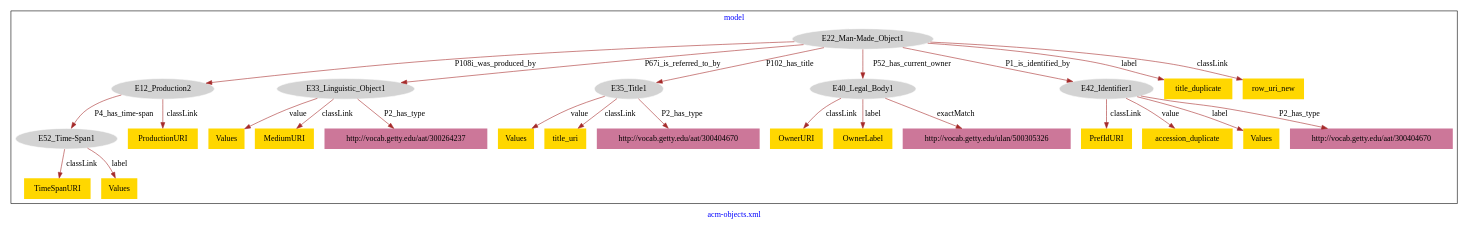
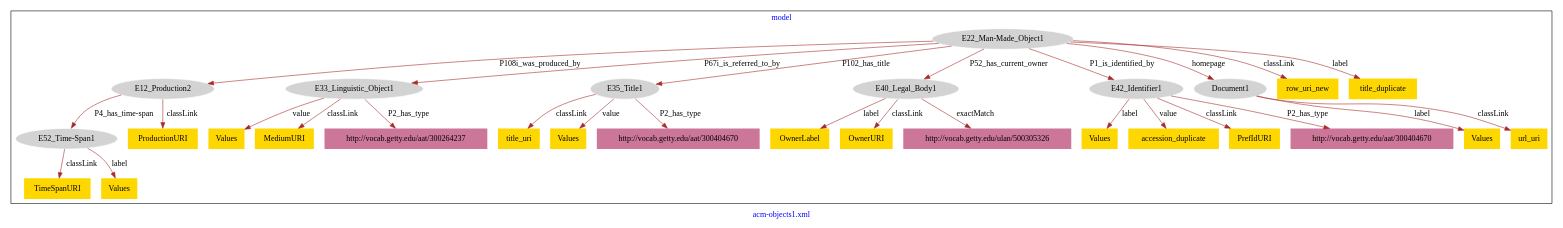
Before and after one commit to american-art/acm: the diagram in acm-objects/acm-objects-model.dot, drawn with Graphviz.

Commit message:
Update file acm-objects-model.dot

```diff
--- a/acm-objects/acm-objects-model.dot
+++ b/acm-objects/acm-objects-model.dot
@@ -1,57 +1,63 @@
 digraph n0 {
 fontcolor="blue"
 remincross="true"
-label="acm-objects.xml"
+label="acm-objects1.xml"
 subgraph cluster {
 label="model"
 n2[style="filled",color="white",fillcolor="lightgray",label="E12_Production2"];
 n3[style="filled",color="white",fillcolor="lightgray",label="E52_Time-Span1"];
 n4[style="filled",color="white",fillcolor="lightgray",label="E22_Man-Made_Object1"];
 n5[style="filled",color="white",fillcolor="lightgray",label="E33_Linguistic_Object1"];
 n6[style="filled",color="white",fillcolor="lightgray",label="E35_Title1"];
 n7[style="filled",color="white",fillcolor="lightgray",label="E40_Legal_Body1"];
 n8[style="filled",color="white",fillcolor="lightgray",label="E42_Identifier1"];
-n9[shape="plaintext",style="filled",fillcolor="gold",label="OwnerURI"];
-n10[shape="plaintext",style="filled",fillcolor="gold",label="OwnerLabel"];
-n11[shape="plaintext",style="filled",fillcolor="gold",label="ProductionURI"];
-n12[shape="plaintext",style="filled",fillcolor="gold",label="TimeSpanURI"];
-n13[shape="plaintext",style="filled",fillcolor="gold",label="Values"];
+n9[style="filled",color="white",fillcolor="lightgray",label="Document1"];
+n10[shape="plaintext",style="filled",fillcolor="gold",label="Values"];
+n11[shape="plaintext",style="filled",fillcolor="gold",label="title_uri"];
+n12[shape="plaintext",style="filled",fillcolor="gold",label="OwnerLabel"];
+n13[shape="plaintext",style="filled",fillcolor="gold",label="row_uri_new"];
 n14[shape="plaintext",style="filled",fillcolor="gold",label="Values"];
-n15[shape="plaintext",style="filled",fillcolor="gold",label="PrefIdURI"];
-n16[shape="plaintext",style="filled",fillcolor="gold",label="Values"];
-n17[shape="plaintext",style="filled",fillcolor="gold",label="title_duplicate"];
-n18[shape="plaintext",style="filled",fillcolor="gold",label="accession_duplicate"];
-n19[shape="plaintext",style="filled",fillcolor="gold",label="MediumURI"];
-n20[shape="plaintext",style="filled",fillcolor="gold",label="row_uri_new"];
-n21[shape="plaintext",style="filled",fillcolor="gold",label="title_uri"];
-n22[shape="plaintext",style="filled",fillcolor="gold",label="Values"];
-n23[shape="plaintext",style="filled",fillcolor="#CC7799",label="http://vocab.getty.edu/aat/300404670"];
-n24[shape="plaintext",style="filled",fillcolor="#CC7799",label="http://vocab.getty.edu/aat/300404670"];
-n25[shape="plaintext",style="filled",fillcolor="#CC7799",label="http://vocab.getty.edu/ulan/500305326"];
-n26[shape="plaintext",style="filled",fillcolor="#CC7799",label="http://vocab.getty.edu/aat/300264237"];
+n15[shape="plaintext",style="filled",fillcolor="gold",label="title_duplicate"];
+n16[shape="plaintext",style="filled",fillcolor="gold",label="MediumURI"];
+n17[shape="plaintext",style="filled",fillcolor="gold",label="OwnerURI"];
+n18[shape="plaintext",style="filled",fillcolor="gold",label="Values"];
+n19[shape="plaintext",style="filled",fillcolor="gold",label="ProductionURI"];
+n20[shape="plaintext",style="filled",fillcolor="gold",label="TimeSpanURI"];
+n21[shape="plaintext",style="filled",fillcolor="gold",label="accession_duplicate"];
+n22[shape="plaintext",style="filled",fillcolor="gold",label="PrefIdURI"];
+n23[shape="plaintext",style="filled",fillcolor="gold",label="Values"];
+n24[shape="plaintext",style="filled",fillcolor="gold",label="Values"];
+n25[shape="plaintext",style="filled",fillcolor="gold",label="url_uri"];
+n26[shape="plaintext",style="filled",fillcolor="#CC7799",label="http://vocab.getty.edu/aat/300404670"];
+n27[shape="plaintext",style="filled",fillcolor="#CC7799",label="http://vocab.getty.edu/aat/300404670"];
+n28[shape="plaintext",style="filled",fillcolor="#CC7799",label="http://vocab.getty.edu/ulan/500305326"];
+n29[shape="plaintext",style="filled",fillcolor="#CC7799",label="http://vocab.getty.edu/aat/300264237"];
 }
 n2 -> n3[color="brown",fontcolor="black",label="P4_has_time-span"]
 n4 -> n2[color="brown",fontcolor="black",label="P108i_was_produced_by"]
 n4 -> n5[color="brown",fontcolor="black",label="P67i_is_referred_to_by"]
 n4 -> n6[color="brown",fontcolor="black",label="P102_has_title"]
 n4 -> n7[color="brown",fontcolor="black",label="P52_has_current_owner"]
 n4 -> n8[color="brown",fontcolor="black",label="P1_is_identified_by"]
-n7 -> n9[color="brown",fontcolor="black",label="classLink"]
-n7 -> n10[color="brown",fontcolor="black",label="label"]
-n2 -> n11[color="brown",fontcolor="black",label="classLink"]
-n3 -> n12[color="brown",fontcolor="black",label="classLink"]
-n6 -> n13[color="brown",fontcolor="black",label="value"]
-n3 -> n14[color="brown",fontcolor="black",label="label"]
-n8 -> n15[color="brown",fontcolor="black",label="classLink"]
-n5 -> n16[color="brown",fontcolor="black",label="value"]
-n4 -> n17[color="brown",fontcolor="black",label="label"]
-n8 -> n18[color="brown",fontcolor="black",label="value"]
-n5 -> n19[color="brown",fontcolor="black",label="classLink"]
-n4 -> n20[color="brown",fontcolor="black",label="classLink"]
-n6 -> n21[color="brown",fontcolor="black",label="classLink"]
-n8 -> n22[color="brown",fontcolor="black",label="label"]
-n8 -> n23[color="brown",fontcolor="black",label="P2_has_type"]
-n6 -> n24[color="brown",fontcolor="black",label="P2_has_type"]
-n7 -> n25[color="brown",fontcolor="black",label="exactMatch"]
-n5 -> n26[color="brown",fontcolor="black",label="P2_has_type"]
+n4 -> n9[color="brown",fontcolor="black",label="homepage"]
+n5 -> n10[color="brown",fontcolor="black",label="value"]
+n6 -> n11[color="brown",fontcolor="black",label="classLink"]
+n7 -> n12[color="brown",fontcolor="black",label="label"]
+n4 -> n13[color="brown",fontcolor="black",label="classLink"]
+n8 -> n14[color="brown",fontcolor="black",label="label"]
+n4 -> n15[color="brown",fontcolor="black",label="label"]
+n5 -> n16[color="brown",fontcolor="black",label="classLink"]
+n7 -> n17[color="brown",fontcolor="black",label="classLink"]
+n9 -> n18[color="brown",fontcolor="black",label="label"]
+n2 -> n19[color="brown",fontcolor="black",label="classLink"]
+n3 -> n20[color="brown",fontcolor="black",label="classLink"]
+n8 -> n21[color="brown",fontcolor="black",label="value"]
+n8 -> n22[color="brown",fontcolor="black",label="classLink"]
+n3 -> n23[color="brown",fontcolor="black",label="label"]
+n6 -> n24[color="brown",fontcolor="black",label="value"]
+n9 -> n25[color="brown",fontcolor="black",label="classLink"]
+n8 -> n26[color="brown",fontcolor="black",label="P2_has_type"]
+n6 -> n27[color="brown",fontcolor="black",label="P2_has_type"]
+n7 -> n28[color="brown",fontcolor="black",label="exactMatch"]
+n5 -> n29[color="brown",fontcolor="black",label="P2_has_type"]
 }
```
